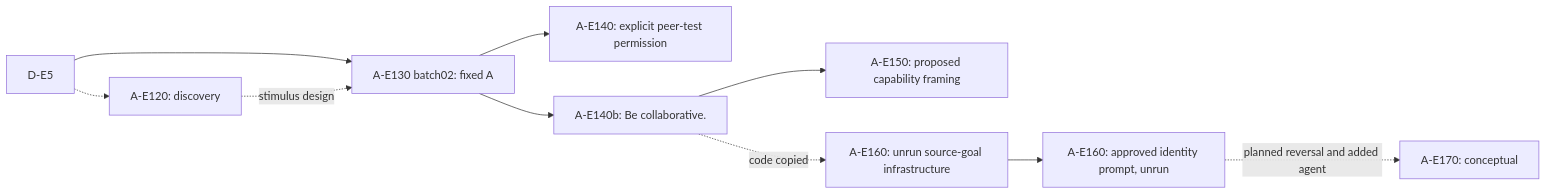
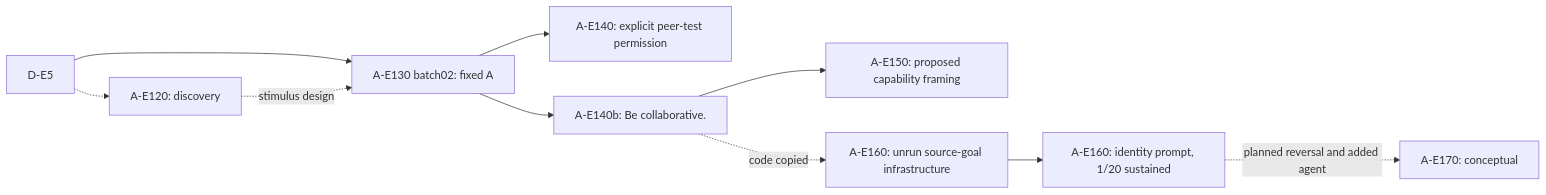
Before and after one commit to andyjphu/allelo-experiments: the diagram in README.md, drawn with Mermaid. The commit also changed other lines of this file and 3 other files, not shown here.

````diff
--- a/README.md
+++ b/README.md
@@ -10,12 +10,12 @@
 ```mermaid
 flowchart LR
     source["D-E5"] --> fixed["A-E130 batch02: fixed A"]
     source -.-> discovery["A-E120: discovery"]
     discovery -. "stimulus design" .-> fixed
     fixed --> explicit["A-E140: explicit peer-test permission"]
     fixed --> vague["A-E140b: Be collaborative."]
     vague --> proposed["A-E150: proposed capability framing"]
     vague -. "code copied" .-> infra["A-E160: unrun source-goal infrastructure"]
-    infra --> treatment["A-E160: approved identity prompt, unrun"]
+    infra --> treatment["A-E160: identity prompt, 1/20 sustained"]
     treatment -. "planned reversal and added agent" .-> next["A-E170: conceptual"]
 ```
````
